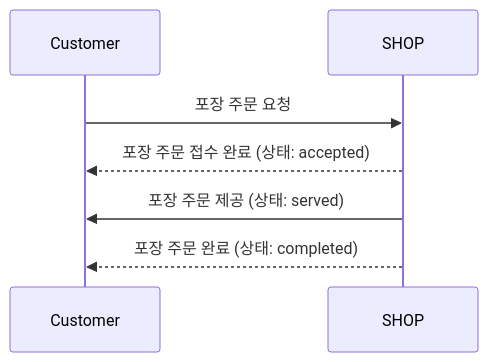
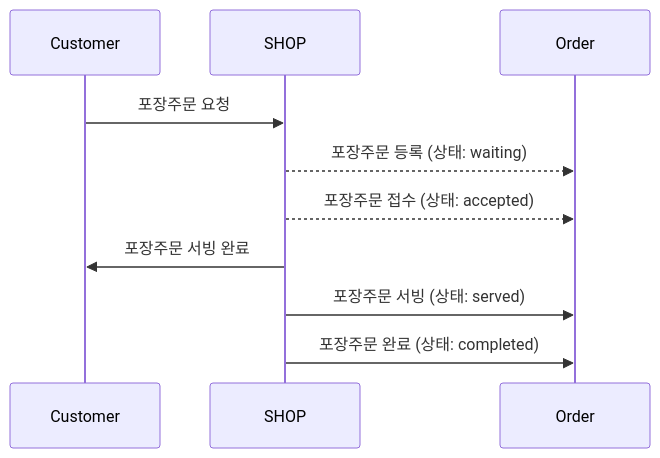
The seventh of 7 diagrams in README.md (jinyoonYang/ddd-strategic-design), drawn with Mermaid before and after one commit. The commit also changed other lines of this file, not shown here.

````diff
--- a/README.md
+++ b/README.md
@@ -322,9 +342,11 @@
 ```mermaid
 sequenceDiagram
     participant Customer
     participant SHOP
-    Customer ->> SHOP: 포장 주문 요청
-    SHOP -->> Customer: 포장 주문 접수 완료 (상태: accepted)
-    SHOP ->> Customer: 포장 주문 제공 (상태: served)
-    SHOP -->> Customer: 포장 주문 완료 (상태: completed)
+    Customer ->> SHOP: 포장주문 요청
+    SHOP -->> Order: 포장주문 등록 (상태: waiting)
+    SHOP -->> Order: 포장주문 접수 (상태: accepted)
+    SHOP ->> Customer: 포장주문 서빙 완료
+    SHOP ->> Order: 포장주문 서빙 (상태: served)
+    SHOP ->> Order: 포장주문 완료 (상태: completed)
 ```
````
